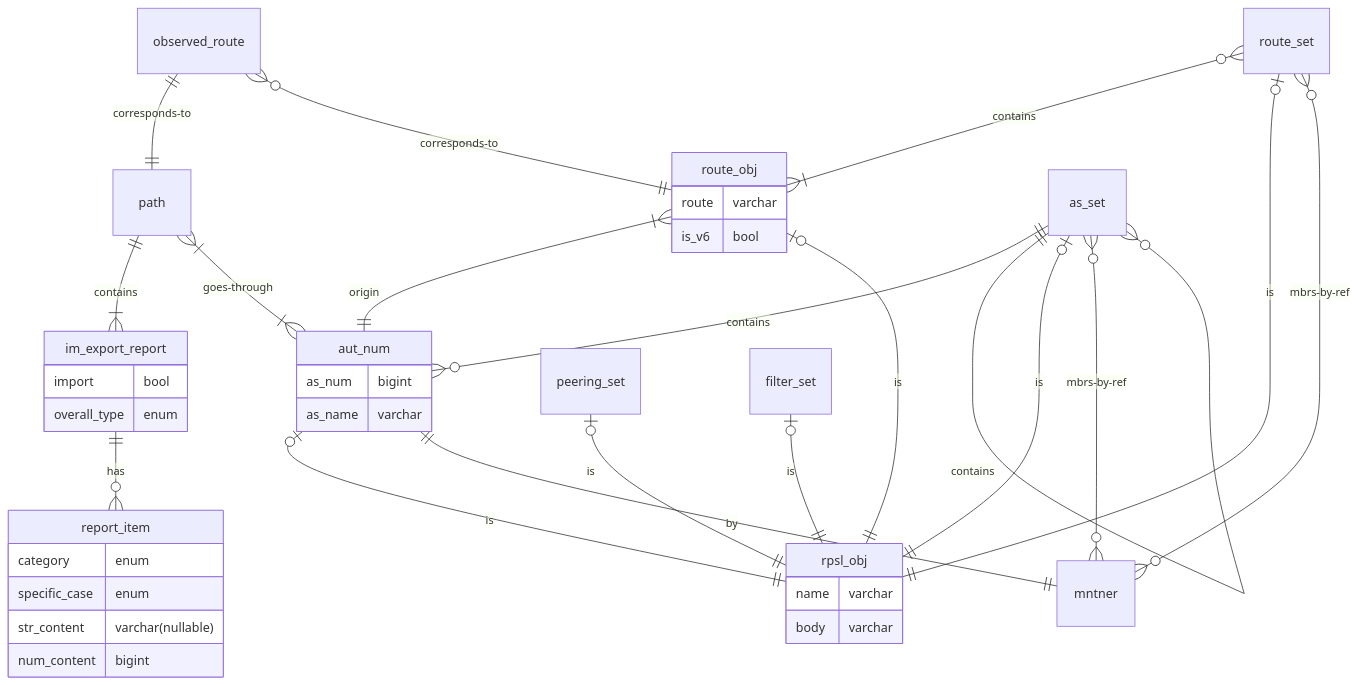
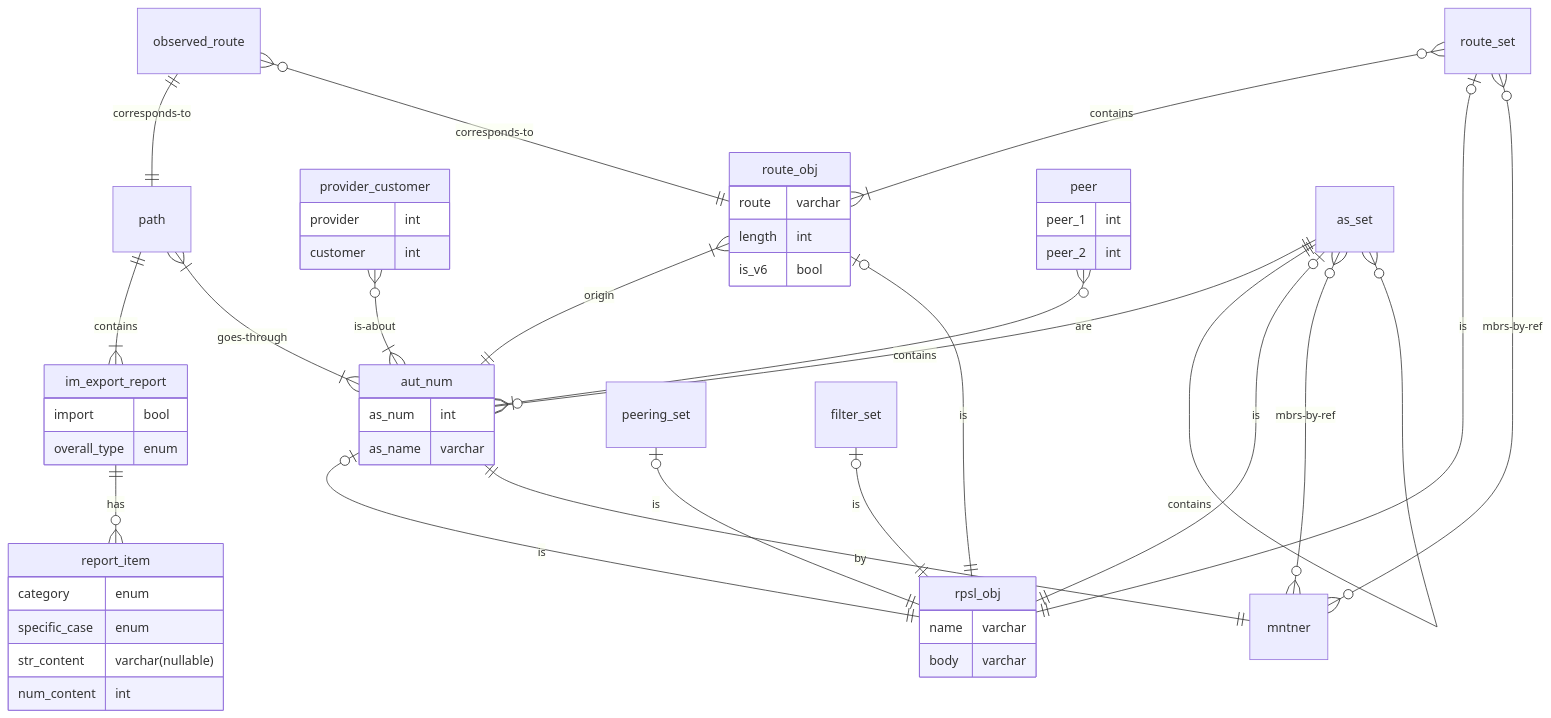
Before and after one commit to SichangHe/internet_route_verification_server: the diagram in description.md, drawn with Mermaid.

Commit message:
add ASRelDB;no bigint

````diff
--- a/description.md
+++ b/description.md
@@ -29,43 +29,54 @@
 ```mermaid
 erDiagram
 im_export_report ||--o{ report_item : has
 im_export_report {
     import bool
     overall_type enum
 }
 report_item {
     category enum
     specific_case enum
     str_content varchar(nullable)
-    num_content bigint
+    num_content int
 }
 path ||--|{ im_export_report : contains
 path }|--|{ aut_num : goes-through
 aut_num {
-    as_num bigint
+    as_num int
     as_name varchar
+}
+provider_customer }o--|{ aut_num : is-about
+provider_customer {
+    provider int
+    customer int
 }
 observed_route ||--|| path : corresponds-to
 observed_route }o--|| route_obj : corresponds-to
+peer }o--|{ aut_num : are
+peer {
+    peer_1 int
+    peer_2 int
+}
 route_obj {
     route varchar
+    length int
     is_v6 bool
 }
 route_set }o--|{ route_obj: contains
 route_obj }|--|| aut_num : origin
 as_set ||--o{ aut_num : contains
 as_set ||--o{ as_set : contains
 rpsl_obj {
     name varchar
     body varchar
 }
 aut_num |o--|| rpsl_obj : is
 as_set |o--|| rpsl_obj : is
 peering_set |o--|| rpsl_obj : is
 filter_set |o--|| rpsl_obj : is
 route_set |o--|| rpsl_obj : is
 route_obj |o--|| rpsl_obj : is
 aut_num ||--|| mntner : by
 as_set }o--o{ mntner: mbrs-by-ref
 route_set }o--o{ mntner: mbrs-by-ref
 ```
````
